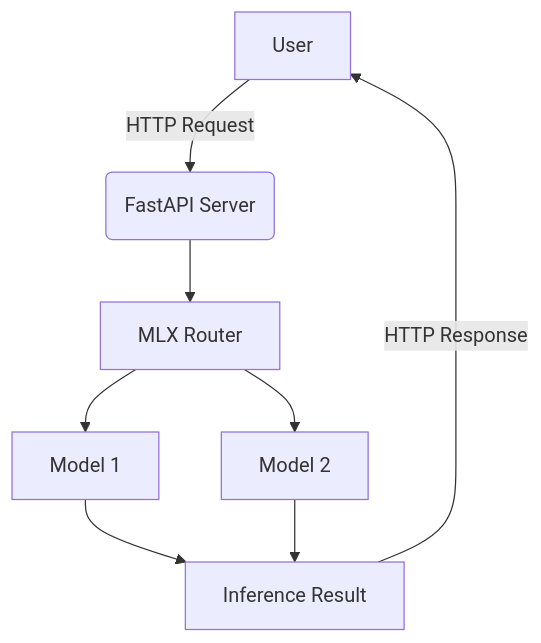
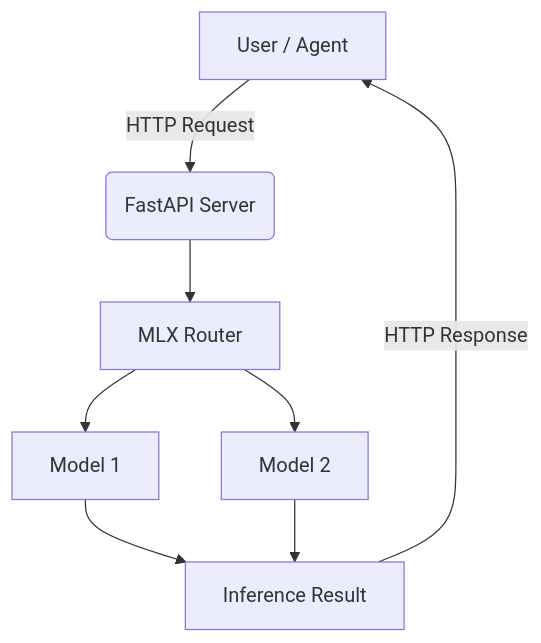
One commit to henrybravo/mlx-router changed the diagram in README.md. Above: the diagram before and after it, drawn with Mermaid. The commit also changed other lines of this file, not shown here.

````diff
--- a/README.md
+++ b/README.md
@@ -40,10 +40,10 @@
 ```mermaid
 graph TD
-    A[User] -->|HTTP Request| B(FastAPI Server)
+    A[User / Agent] -->|HTTP Request| B(FastAPI Server)
     B --> C[MLX Router]
     C --> D[Model 1]
     C --> E[Model 2]
     D --> F[Inference Result]
     E --> F
     F -->|HTTP Response| A
 ```
````
